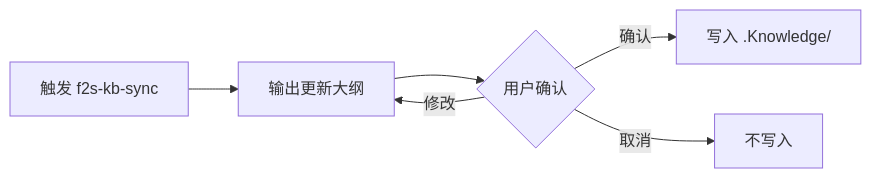
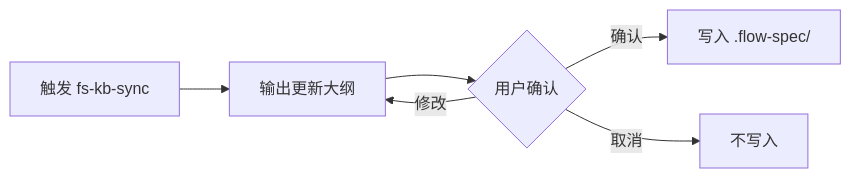
The tenth of 10 diagrams in docs/设计说明.md (double-coding-lab/Flow2Spec), drawn with Mermaid before and after one commit. The commit also changed other lines of this file and 543 other files, not shown here.

Commit message:
♻️ refactor: 统一 flow-spec 命名与知识库路径

````diff
--- a/docs/设计说明.md
+++ b/docs/设计说明.md
@@ -541,8 +541,8 @@
 ```mermaid
 graph LR
-    T[触发 f2s-kb-sync] --> O[输出更新大纲]
+    T[触发 fs-kb-sync] --> O[输出更新大纲]
     O --> U{用户确认}
-    U -->|确认| W[写入 .Knowledge/]
+    U -->|确认| W[写入 .flow-spec/]
     U -->|修改| O
     U -->|取消| STOP[不写入]
 ```
````
